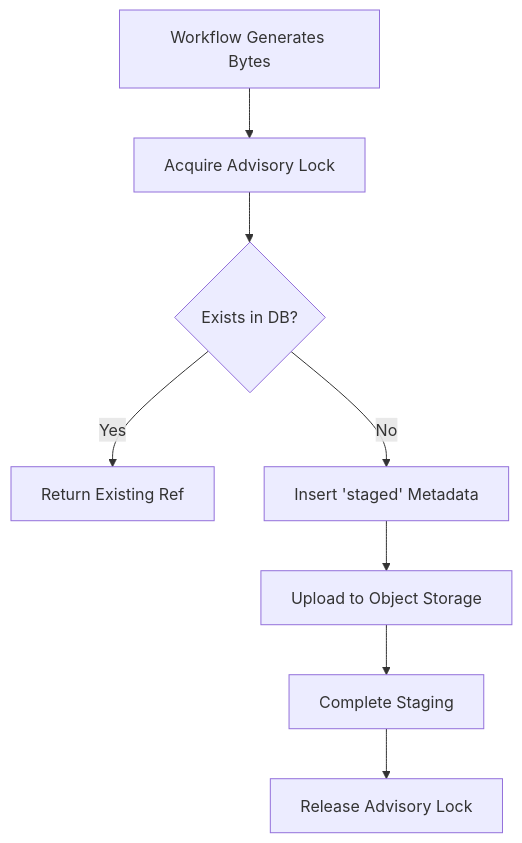
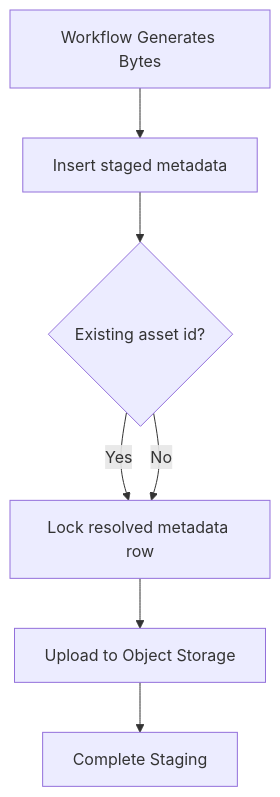
Before and after one commit to immagiov4/Nous: the first of 2 diagrams in .cubic/wiki/04-section-data-management/02-p-asset-management.md, drawn with Mermaid. The commit also changed other lines of this file and 24 other files, not shown here.

````diff
--- a/.cubic/wiki/04-section-data-management/02-p-asset-management.md
+++ b/.cubic/wiki/04-section-data-management/02-p-asset-management.md
@@ -47,10 +47,9 @@
 ```mermaid
 flowchart TD
-    Start[Workflow Generates Bytes] --> Lock[Acquire Advisory Lock]
-    Lock --> DB_Check{Exists in DB?}
-    DB_Check -- Yes --> Return[Return Existing Ref]
-    DB_Check -- No --> DB_Staged[Insert 'staged' Metadata]
-    DB_Staged --> Storage[Upload to Object Storage]
+    Start[Workflow Generates Bytes] --> DB_Staged[Insert staged metadata]
+    DB_Staged --> DB_Check{Existing asset id?}
+    DB_Check -- Yes --> Lock[Lock resolved metadata row]
+    DB_Check -- No --> Lock
+    Lock --> Storage[Upload to Object Storage]
     Storage --> Success[Complete Staging]
-    Success --> Unlock[Release Advisory Lock]
 ```
````
